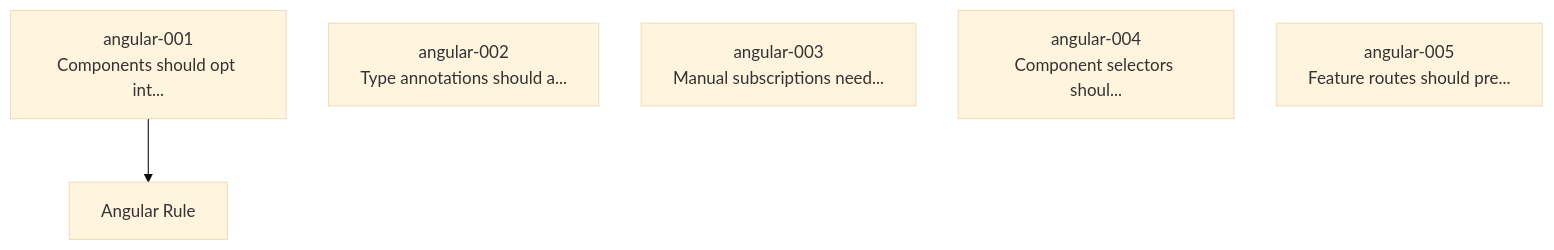
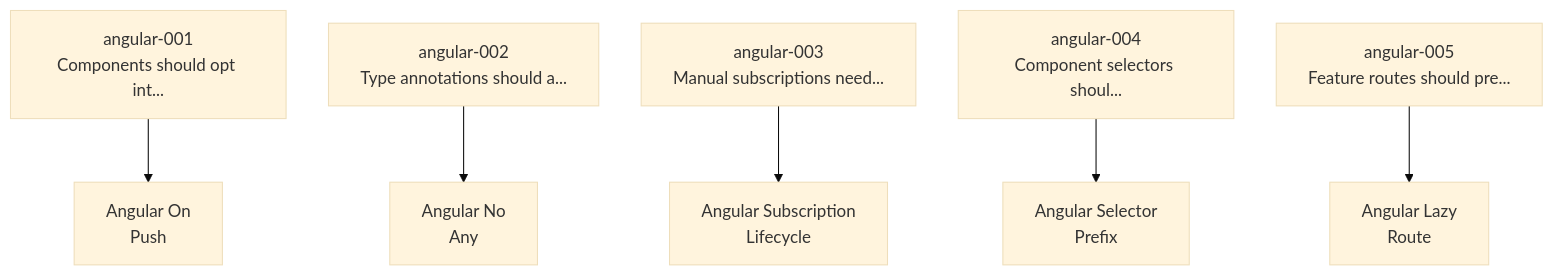
Before and after one commit to Anselmoo/mcp-zen-of-languages: the first of 4 diagrams in docs/user-guide/frameworks/angular.md, drawn with Mermaid. The commit also changed other lines of this file and 41 other files, not shown here.

````diff
--- a/docs/user-guide/frameworks/angular.md
+++ b/docs/user-guide/frameworks/angular.md
@@ -120,11 +134,19 @@
     ```mermaid
     %%{init: {"theme": "base", "flowchart": {"useMaxWidth": false, "htmlLabels": true, "nodeSpacing": 40, "rankSpacing": 60}}}%%
     graph TD
     angular_001["angular-001<br/>Components should opt int..."]
     angular_002["angular-002<br/>Type annotations should a..."]
     angular_003["angular-003<br/>Manual subscriptions need..."]
     angular_004["angular-004<br/>Component selectors shoul..."]
     angular_005["angular-005<br/>Feature routes should pre..."]
-    det_AngularRuleDetector["Angular Rule"]
-    angular_001 --> det_AngularRuleDetector
+    det_AngularLazyRouteDetector["Angular Lazy<br/>Route"]
+    angular_005 --> det_AngularLazyRouteDetector
+    det_AngularNoAnyDetector["Angular No<br/>Any"]
+    angular_002 --> det_AngularNoAnyDetector
+    det_AngularOnPushDetector["Angular On<br/>Push"]
+    angular_001 --> det_AngularOnPushDetector
+    det_AngularSelectorPrefixDetector["Angular Selector<br/>Prefix"]
+    angular_004 --> det_AngularSelectorPrefixDetector
+    det_AngularSubscriptionLifecycleDetector["Angular Subscription<br/>Lifecycle"]
+    angular_003 --> det_AngularSubscriptionLifecycleDetector
     ```
````
